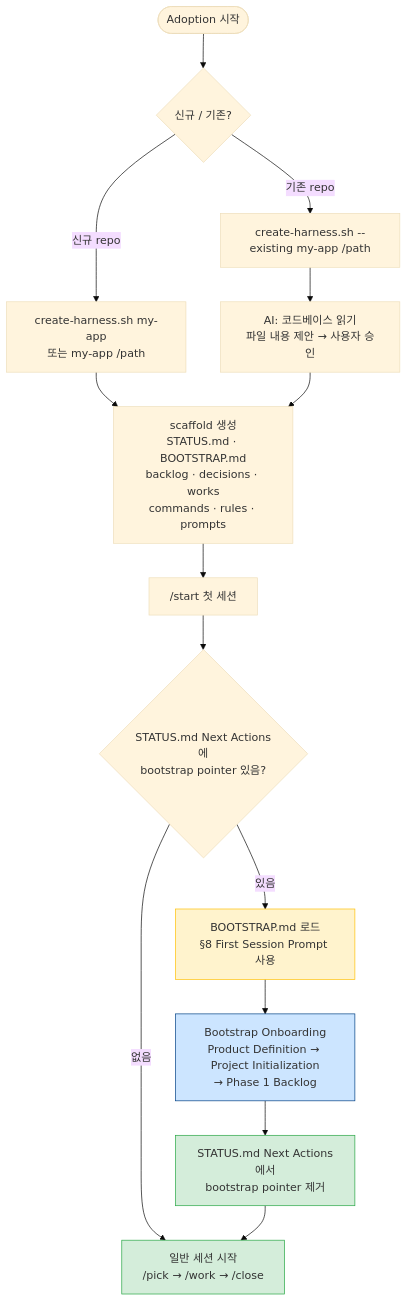
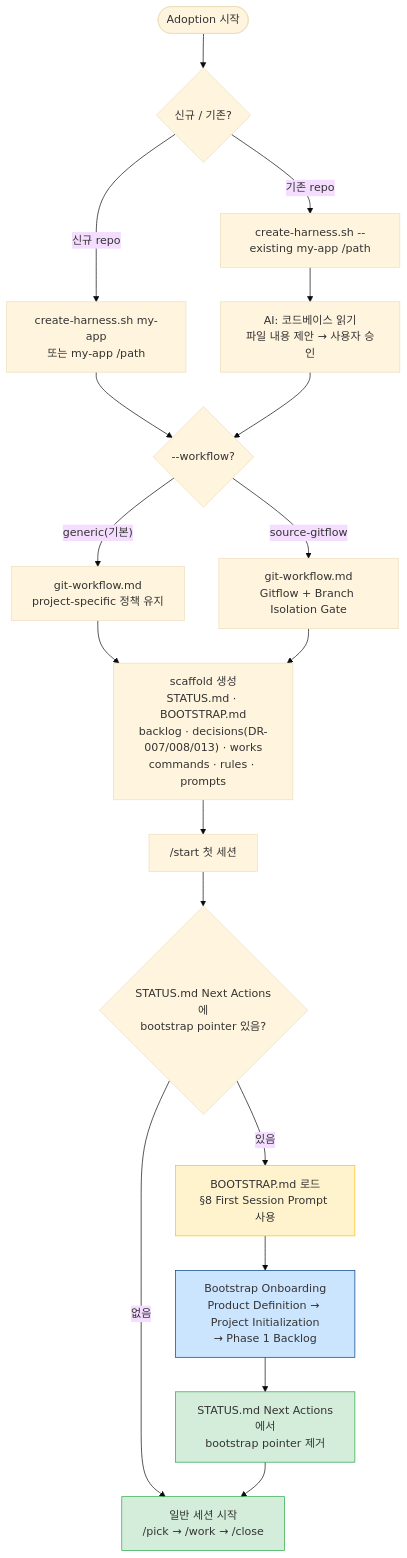
Before and after one commit to kyungseo/ai-workflow-harness: the seventh of 7 diagrams in README.md, drawn with Mermaid (base theme). The commit also changed other lines of this file, not shown here.

First line of the commit message:
docs: README 현행화 — 다이어그램 보정, 사용자 언어 개선, 협업 구조 다이어그램 추가

````diff
--- a/README.md
+++ b/README.md
@@ -409,29 +489,36 @@
 ```mermaid
 flowchart TD
     A(["Adoption 시작"]) --> B{"신규 / 기존?"}
 
     B -- "신규 repo" --> C["create-harness.sh my-app\n또는 my-app /path"]
     B -- "기존 repo" --> D["create-harness.sh --existing my-app /path"]
 
-    C --> E["scaffold 생성\nSTATUS.md · BOOTSTRAP.md\nbacklog · decisions · works\ncommands · rules · prompts"]
     D --> F["AI: 코드베이스 읽기\n파일 내용 제안 → 사용자 승인"]
-    F --> E
+
+    C --> WF{"--workflow?"}
+    F --> WF
+
+    WF -- "generic(기본)" --> GW1["git-workflow.md\nproject-specific 정책 유지"]
+    WF -- "source-gitflow" --> GW2["git-workflow.md\nGitflow + Branch Isolation Gate"]
+
+    GW1 --> E["scaffold 생성\nSTATUS.md · BOOTSTRAP.md\nbacklog · decisions(DR-007/008/013) · works\ncommands · rules · prompts"]
+    GW2 --> E
 
     E --> G["/start 첫 세션"]
 
     G --> H{"STATUS.md Next Actions에\nbootstrap pointer 있음?"}
 
     H -- "없음" --> I["일반 세션 시작\n/pick → /work → /close"]
     H -- "있음" --> J["BOOTSTRAP.md 로드\n§8 First Session Prompt 사용"]
 
     J --> K["Bootstrap Onboarding\nProduct Definition → Project Initialization\n→ Phase 1 Backlog"]
 
     K --> L["STATUS.md Next Actions에서\nbootstrap pointer 제거"]
 
     L --> I
 
     style J fill:#fff3cd,stroke:#ffc107
     style K fill:#cce5ff,stroke:#004085
     style L fill:#d4edda,stroke:#28a745
     style I fill:#d4edda,stroke:#28a745
 ```
````
